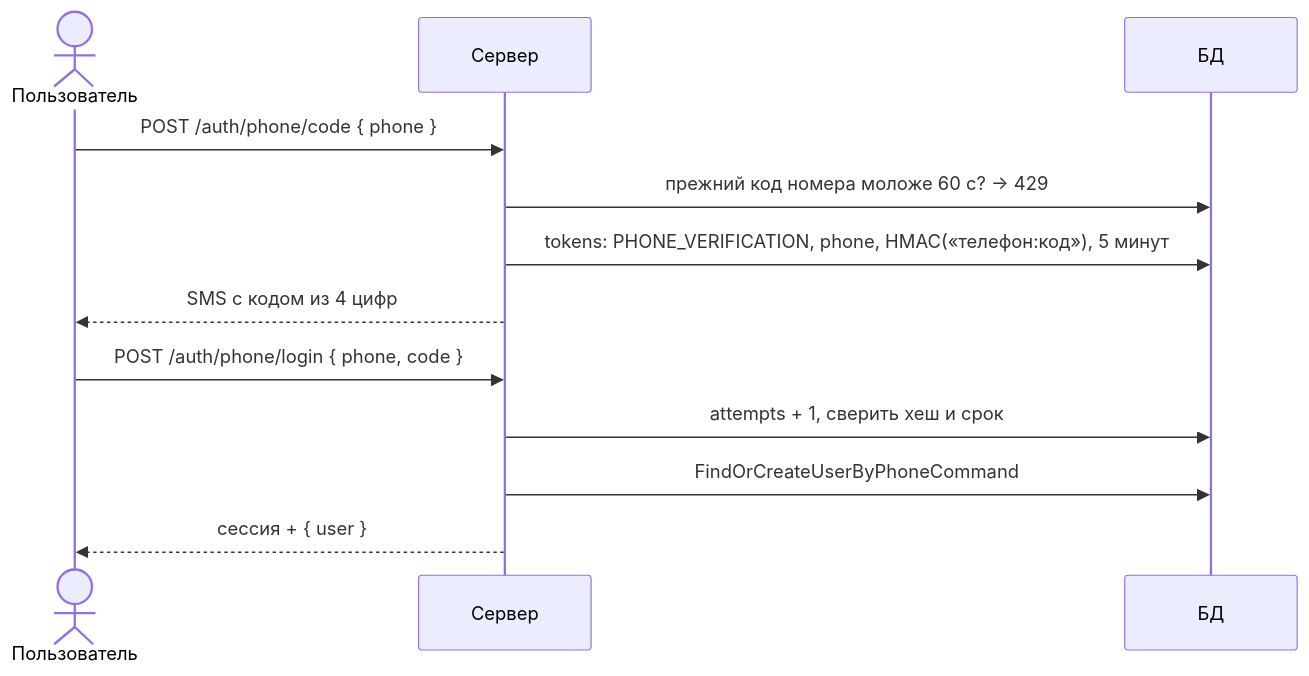
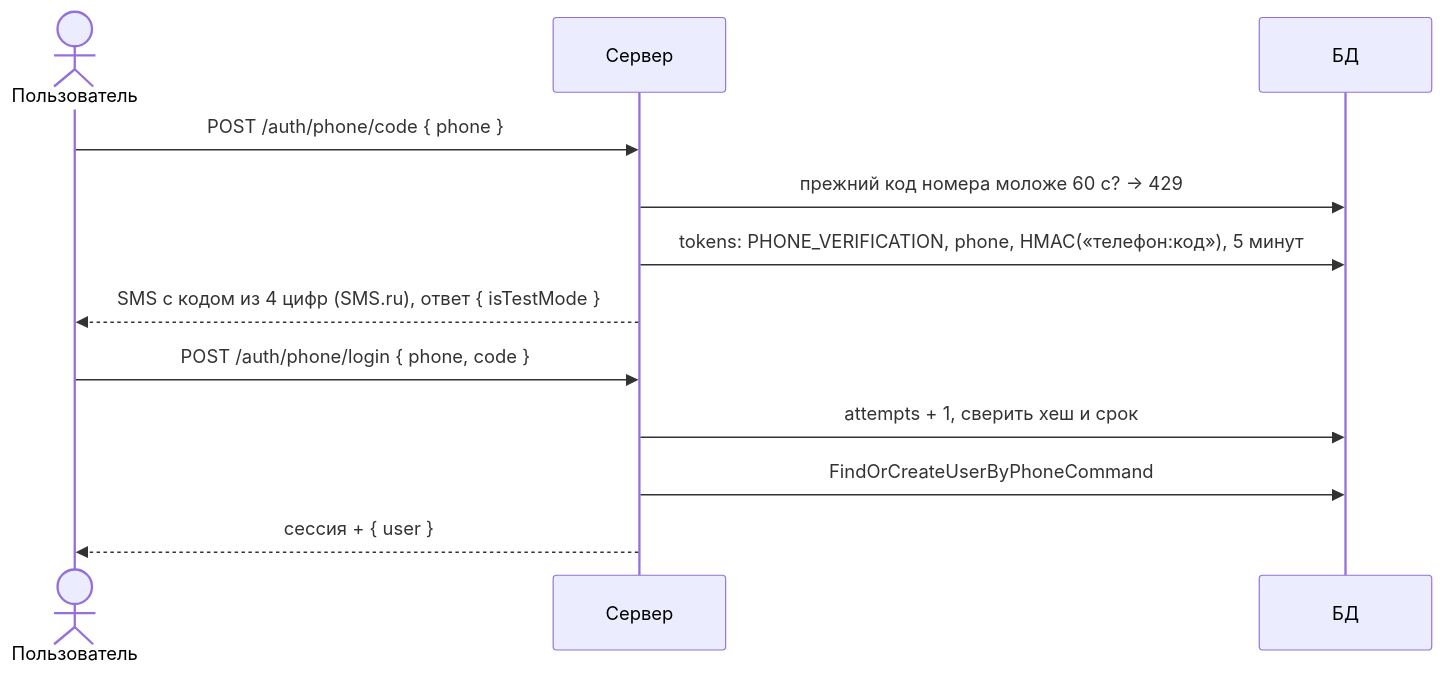
The diagram in docs/processes/phone-login.md (VitalyW-Git/auth-service), drawn with Mermaid before and after one commit. The commit also changed other lines of this file and 12 other files, not shown here.

````diff
--- a/docs/processes/phone-login.md
+++ b/docs/processes/phone-login.md
@@ -8,14 +8,14 @@
 ```mermaid
 sequenceDiagram
     actor P as Пользователь
     participant API as Сервер
     participant DB as БД
     P->>API: POST /auth/phone/code { phone }
     API->>DB: прежний код номера моложе 60 с? → 429
     API->>DB: tokens: PHONE_VERIFICATION, phone, HMAC(«телефон:код»), 5 минут
-    API-->>P: SMS с кодом из 4 цифр
+    API-->>P: SMS с кодом из 4 цифр (SMS.ru), ответ { isTestMode }
     P->>API: POST /auth/phone/login { phone, code }
     API->>DB: attempts + 1, сверить хеш и срок
     API->>DB: FindOrCreateUserByPhoneCommand
     API-->>P: сессия + { user }
 ```
````
